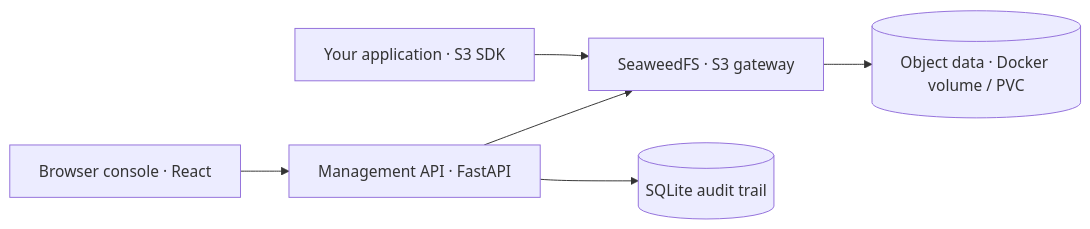
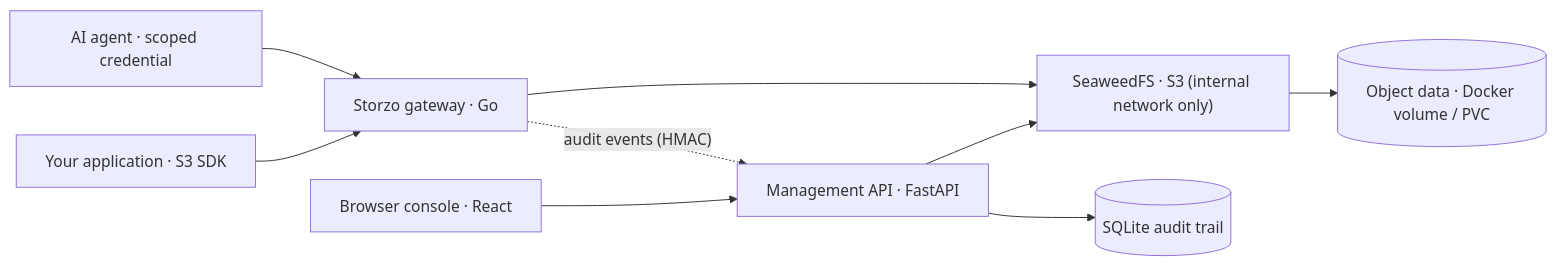
One commit to imthi16/storzo changed the diagram in README.md. Above: the diagram before and after it, drawn with Mermaid. The commit also changed other lines of this file and 6 other files, not shown here.

Commit message:
docs: describe the shipped agent gateway, its limits and its verification (#30)

````diff
--- a/README.md
+++ b/README.md
@@ -94,8 +96,11 @@
 ```mermaid
 flowchart LR
     Console["Browser console · React"] --> API["Management API · FastAPI"]
-    API --> S3["SeaweedFS · S3 gateway"]
+    API --> S3["SeaweedFS · S3 (internal network only)"]
     API --> Audit[("SQLite audit trail")]
-    App["Your application · S3 SDK"] --> S3
+    App["Your application · S3 SDK"] --> GW["Storzo gateway · Go"]
+    Agent["AI agent · scoped credential"] --> GW
+    GW --> S3
+    GW -. "audit events (HMAC)" .-> API
     S3 --> Data[("Object data · Docker volume / PVC")]
 ```
````
